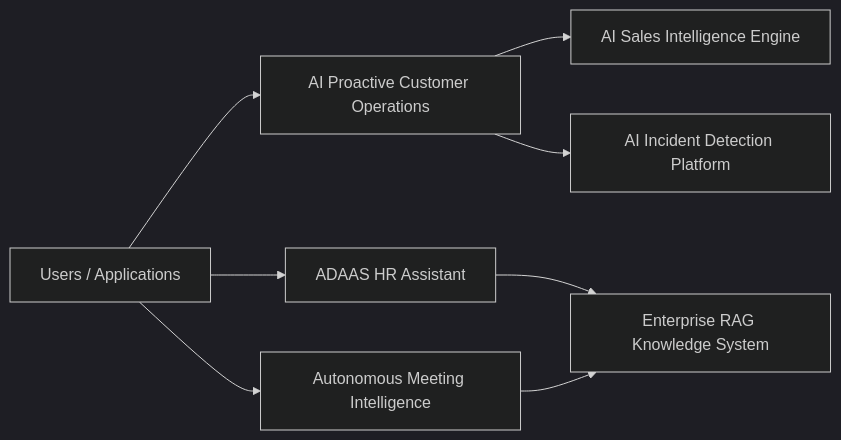
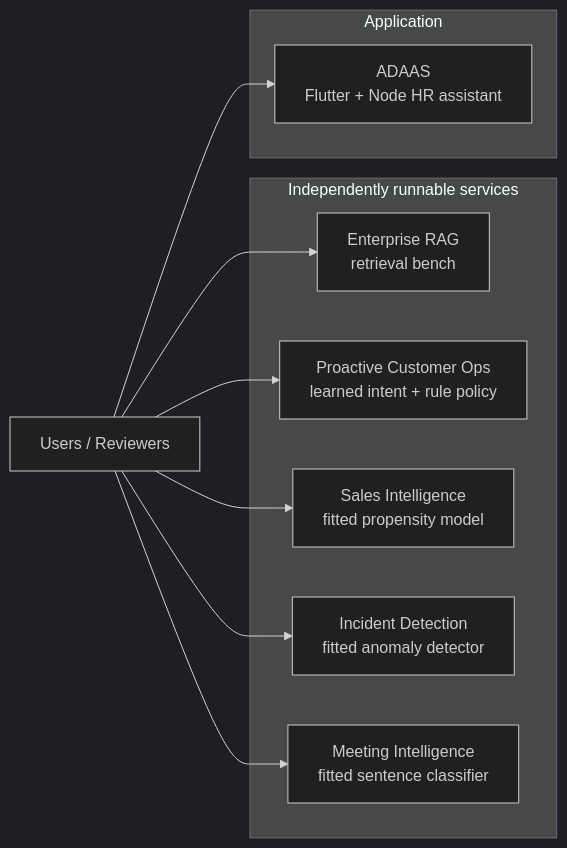
One commit to Adityansh-Chand/ai-engineering-portfolio changed the diagram in README.md. Above: the diagram before and after it, drawn with Mermaid (dark theme). The commit also changed other lines of this file and 6 other files, not shown here.

Commit message:
docs: report what the services actually do, and redraw the System Map to match

````diff
--- a/README.md
+++ b/README.md
@@ -33,18 +33,23 @@
 ```mermaid
 flowchart LR
-  User[Users / Applications]
-  OPS[AI Proactive Customer Operations]
-  MEETING[Autonomous Meeting Intelligence]
-  RAG[Enterprise RAG Knowledge System]
-  ADAAS[ADAAS HR Assistant]
-  SALES[AI Sales Intelligence Engine]
-  INCIDENT[AI Incident Detection Platform]
+  User[Users / Reviewers]
 
+  subgraph Services[Independently runnable services]
+    RAG[Enterprise RAG<br/>retrieval bench]
+    OPS[Proactive Customer Ops<br/>learned intent + rule policy]
+    SALES[Sales Intelligence<br/>fitted propensity model]
+    INCIDENT[Incident Detection<br/>fitted anomaly detector]
+    MEETING[Meeting Intelligence<br/>fitted sentence classifier]
+  end
+
+  subgraph App[Application]
+    ADAAS[ADAAS<br/>Flutter + Node HR assistant]
+  end
+
+  User --> RAG
   User --> OPS
+  User --> SALES
+  User --> INCIDENT
+  User --> MEETING
   User --> ADAAS
-  User --> MEETING
-  ADAAS --> RAG
-  OPS --> SALES
-  OPS --> INCIDENT
-  MEETING --> RAG
 ```
````
